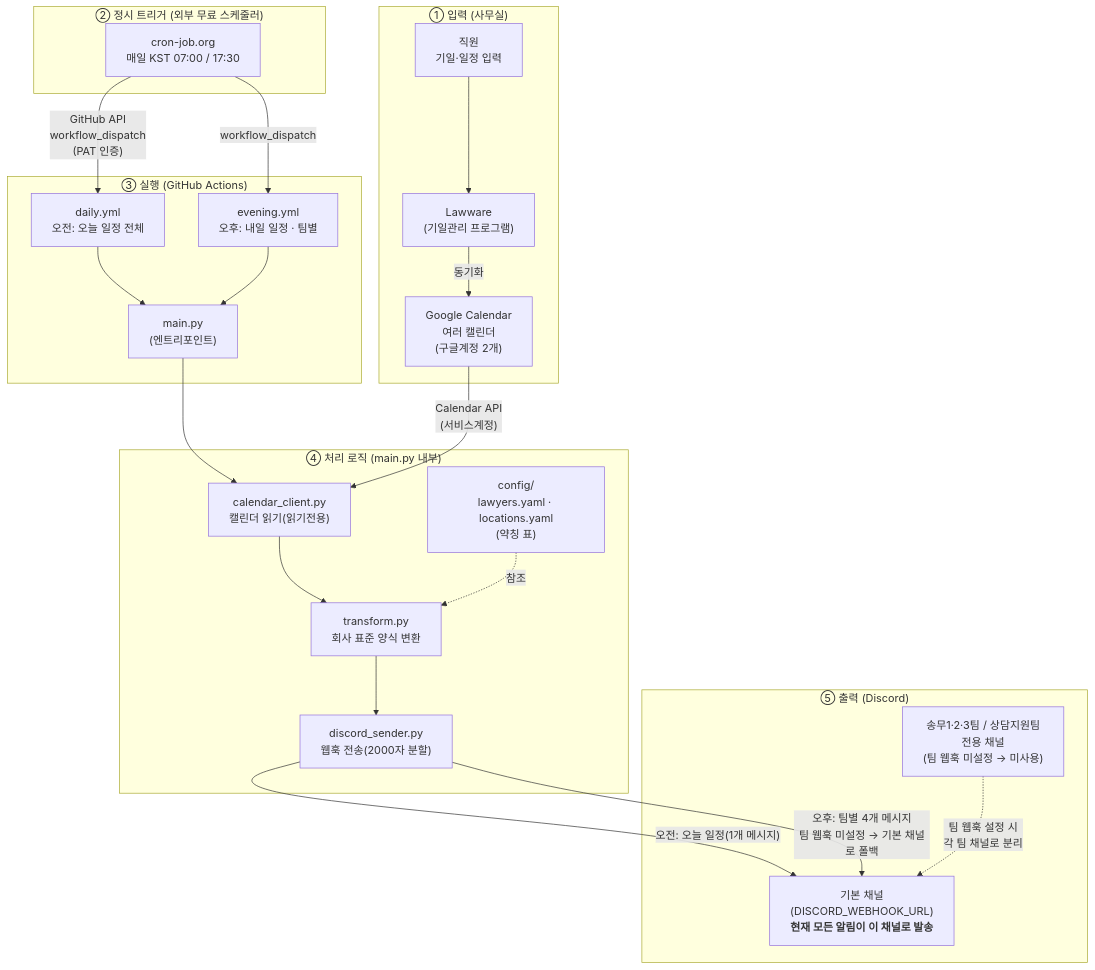
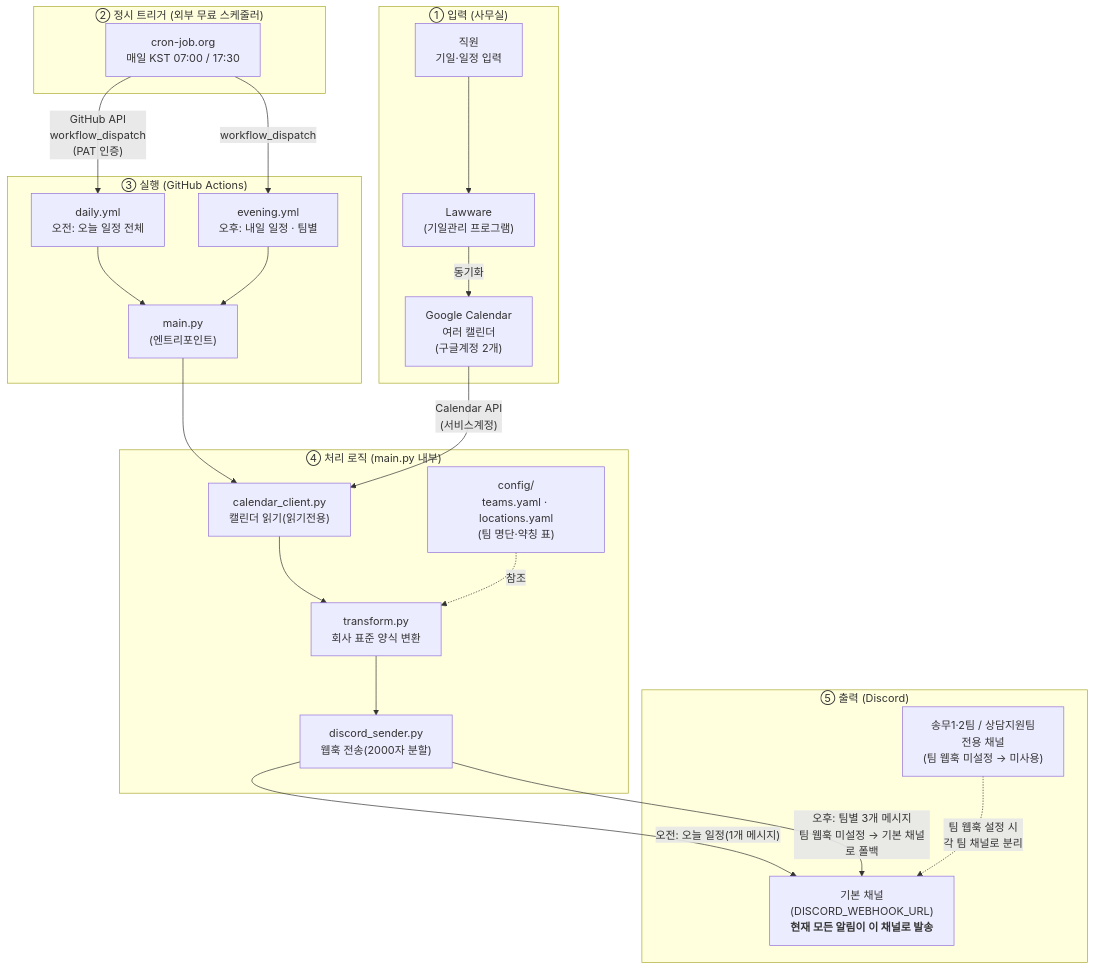
Before and after one commit to nova-law-legal/legal: the diagram in docs/전체-구성도.md, drawn with Mermaid. The commit also changed other lines of this file and 7 other files, not shown here.

````diff
--- a/docs/전체-구성도.md
+++ b/docs/전체-구성도.md
@@ -8,42 +8,42 @@
 ```mermaid
 flowchart TD
     subgraph INPUT["① 입력 (사무실)"]
         STAFF["직원<br/>기일·일정 입력"] --> LAWWARE["Lawware<br/>(기일관리 프로그램)"]
         LAWWARE -->|동기화| GCAL["Google Calendar<br/>여러 캘린더<br/>(구글계정 2개)"]
     end
 
     subgraph TRIGGER["② 정시 트리거 (외부 무료 스케줄러)"]
         CRON["cron-job.org<br/>매일 KST 07:00 / 17:30"]
     end
 
     subgraph GH["③ 실행 (GitHub Actions)"]
         DAILY["daily.yml<br/>오전: 오늘 일정 전체"]
         EVENING["evening.yml<br/>오후: 내일 일정 · 팀별"]
         MAIN["main.py<br/>(엔트리포인트)"]
         DAILY --> MAIN
         EVENING --> MAIN
     end
 
     subgraph BOT["④ 처리 로직 (main.py 내부)"]
         READ["calendar_client.py<br/>캘린더 읽기(읽기전용)"]
         TRANS["transform.py<br/>회사 표준 양식 변환"]
         SEND["discord_sender.py<br/>웹훅 전송(2000자 분할)"]
-        CFG["config/<br/>lawyers.yaml · locations.yaml<br/>(약칭 표)"]
+        CFG["config/<br/>teams.yaml · locations.yaml<br/>(팀 명단·약칭 표)"]
         READ --> TRANS
         CFG -.참조.-> TRANS
         TRANS --> SEND
     end
 
     subgraph OUT["⑤ 출력 (Discord)"]
         CH_MAIN["기본 채널<br/>(DISCORD_WEBHOOK_URL)<br/><b>현재 모든 알림이 이 채널로 발송</b>"]
-        TEAMCH["송무1·2·3팀 / 상담지원팀<br/>전용 채널<br/>(팀 웹훅 미설정 → 미사용)"]
+        TEAMCH["송무1·2팀 / 상담지원팀<br/>전용 채널<br/>(팀 웹훅 미설정 → 미사용)"]
     end
 
     CRON -->|"GitHub API<br/>workflow_dispatch<br/>(PAT 인증)"| DAILY
     CRON -->|"workflow_dispatch"| EVENING
     MAIN --> READ
     GCAL -->|"Calendar API<br/>(서비스계정)"| READ
     SEND -->|"오전: 오늘 일정(1개 메시지)"| CH_MAIN
-    SEND -->|"오후: 팀별 4개 메시지<br/>팀 웹훅 미설정 → 기본 채널로 폴백"| CH_MAIN
+    SEND -->|"오후: 팀별 3개 메시지<br/>팀 웹훅 미설정 → 기본 채널로 폴백"| CH_MAIN
     TEAMCH -.->|"팀 웹훅 설정 시<br/>각 팀 채널로 분리"| CH_MAIN
 ```
````
